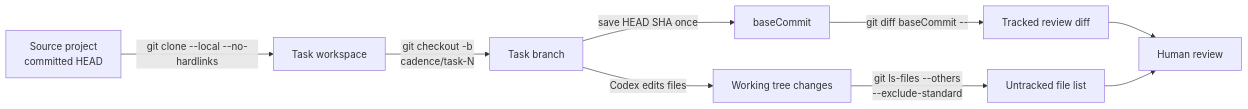
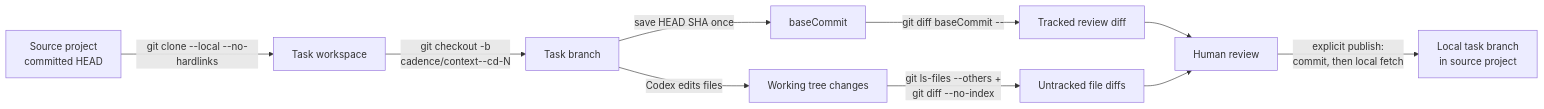
Before and after one commit to chanXVI/Cadence: the first of 4 diagrams in contentGuide/src/git-flow.md, drawn with Mermaid. The commit also changed other lines of this file and 7 other files, not shown here.

First line of the commit message:
feat: add contextual workspaces and local branch publishing

````diff
--- a/contentGuide/src/git-flow.md
+++ b/contentGuide/src/git-flow.md
@@ -7,11 +7,12 @@
 ```mermaid
 flowchart LR
     P[Source project<br/>committed HEAD] -->|git clone --local --no-hardlinks| W[Task workspace]
-    W -->|git checkout -b<br/>cadence/task-N| B[Task branch]
+    W -->|git checkout -b<br/>cadence/context--cd-N| B[Task branch]
     B -->|save HEAD SHA once| C[baseCommit]
     B -->|Codex edits files| E[Working tree changes]
     C -->|git diff baseCommit --| R[Tracked review diff]
-    E -->|git ls-files --others<br/>--exclude-standard| U[Untracked file list]
+    E -->|git ls-files --others +<br/>git diff --no-index| U[Untracked file diffs]
     R --> V[Human review]
     U --> V
+    V -->|explicit publish:<br/>commit, then local fetch| L[Local task branch<br/>in source project]
 ```
````
